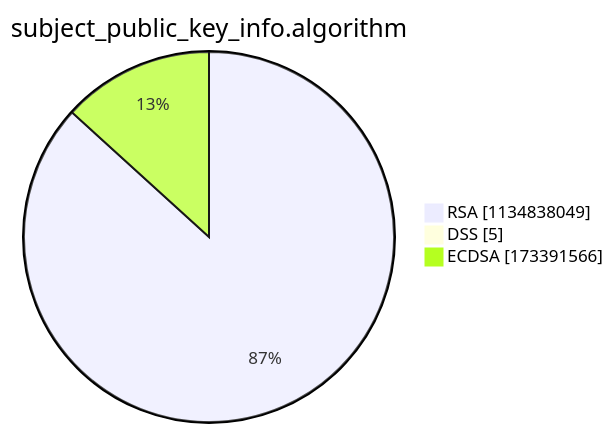
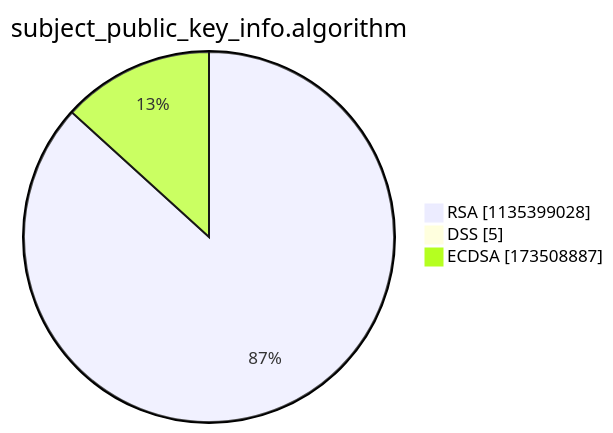
Before and after one commit to christiankrug/ctmonitor_visualization: the third of 15 diagrams in argon2022/README.md, drawn with Mermaid. The commit also changed other lines of this file, not shown here.

````diff
--- a/argon2022/README.md
+++ b/argon2022/README.md
@@ -14,7 +14,7 @@
 ```mermaid
 pie showData
 title subject_public_key_info.algorithm
-"RSA" :1134838049
+"RSA" :1135399028
 "DSS" :5
-"ECDSA" :173391566
+"ECDSA" :173508887
 ```
````
